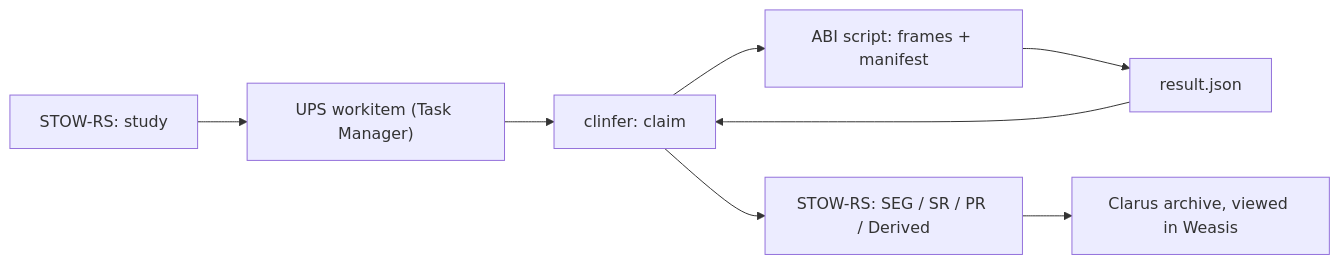
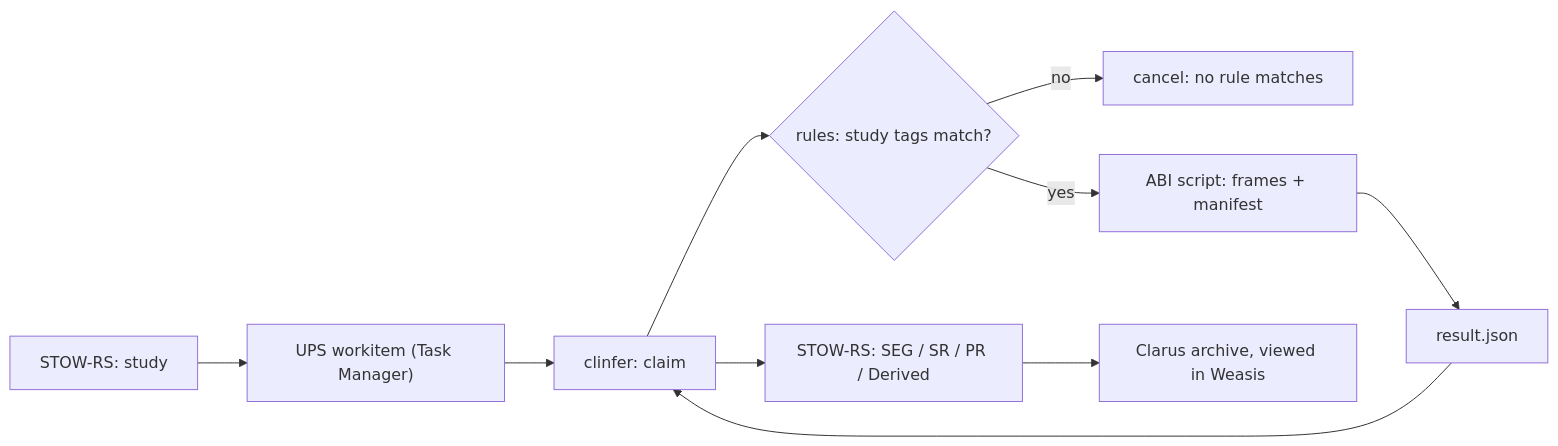
The diagram in README.md (clicker71/clarus-pacs), drawn with Mermaid before and after one commit. The commit also changed other lines of this file, not shown here.

Commit message:
README: rule-guarded claim - clinfer filters studies by tags (mermaid + text)

````diff
--- a/README.md
+++ b/README.md
@@ -119,10 +119,12 @@
 ```mermaid
 flowchart LR
   STOW["STOW-RS: study"] --> WI["UPS workitem (Task Manager)"]
   WI --> CL["clinfer: claim"]
-  CL --> AB["ABI script: frames + manifest"]
+  CL --> RULE{"rules: study tags match?"}
+  RULE -- no --> DROP["cancel: no rule matches"]
+  RULE -- yes --> AB["ABI script: frames + manifest"]
   AB --> RS["result.json"]
   RS --> CL
   CL --> OUT["STOW-RS: SEG / SR / PR / Derived"]
   OUT --> VIEW["Clarus archive, viewed in Weasis"]
 ```
````
